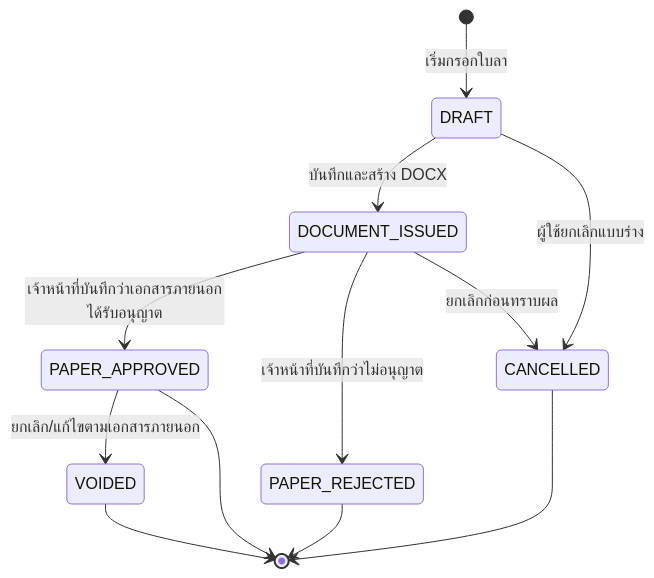
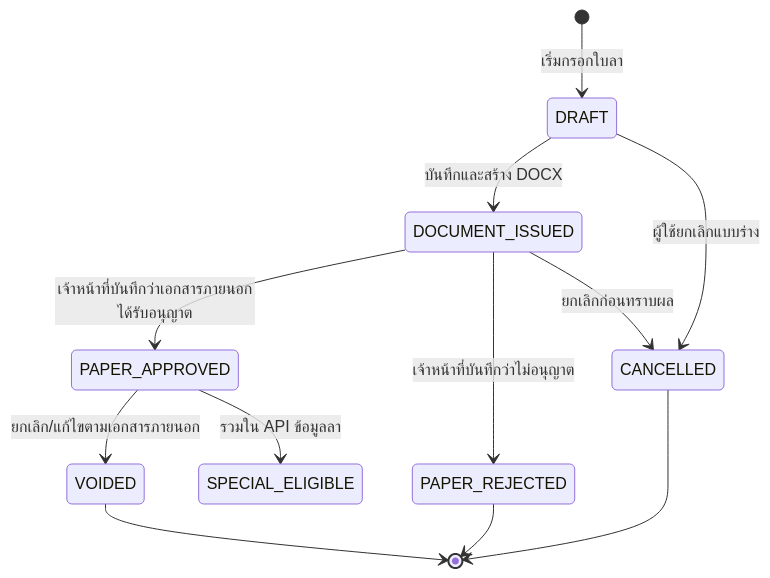
The fourth of 13 diagrams in One Data System - Reimplementation Blueprint.md (sarifmanung/One-Data-System-YalaPao), drawn with Mermaid before and after one commit.

Commit message:
fix: update state transition for PAPER_APPROVED to include SPECIAL_ELIGIBLE in API

````diff
--- a/One Data System - Reimplementation Blueprint.md
+++ b/One Data System - Reimplementation Blueprint.md
@@ -521,14 +521,14 @@
 ```mermaid
 stateDiagram-v2
     [*] --> DRAFT: เริ่มกรอกใบลา
     DRAFT --> DOCUMENT_ISSUED: บันทึกและสร้าง DOCX
     DOCUMENT_ISSUED --> PAPER_APPROVED: เจ้าหน้าที่บันทึกว่าเอกสารภายนอกได้รับอนุญาต
     DOCUMENT_ISSUED --> PAPER_REJECTED: เจ้าหน้าที่บันทึกว่าไม่อนุญาต
     DRAFT --> CANCELLED: ผู้ใช้ยกเลิกแบบร่าง
     DOCUMENT_ISSUED --> CANCELLED: ยกเลิกก่อนทราบผล
     PAPER_APPROVED --> VOIDED: ยกเลิก/แก้ไขตามเอกสารภายนอก
-    PAPER_APPROVED --> [*]
+    PAPER_APPROVED --> SPECIAL_ELIGIBLE: รวมใน API ข้อมูลลา
     PAPER_REJECTED --> [*]
     CANCELLED --> [*]
     VOIDED --> [*]
 ```
````
